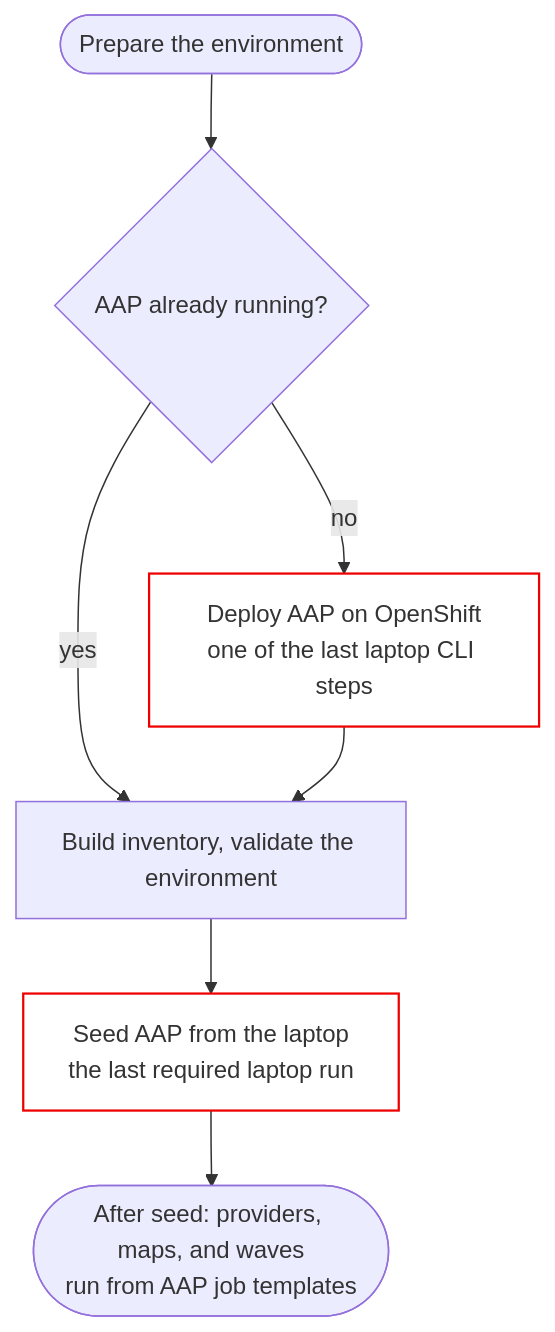
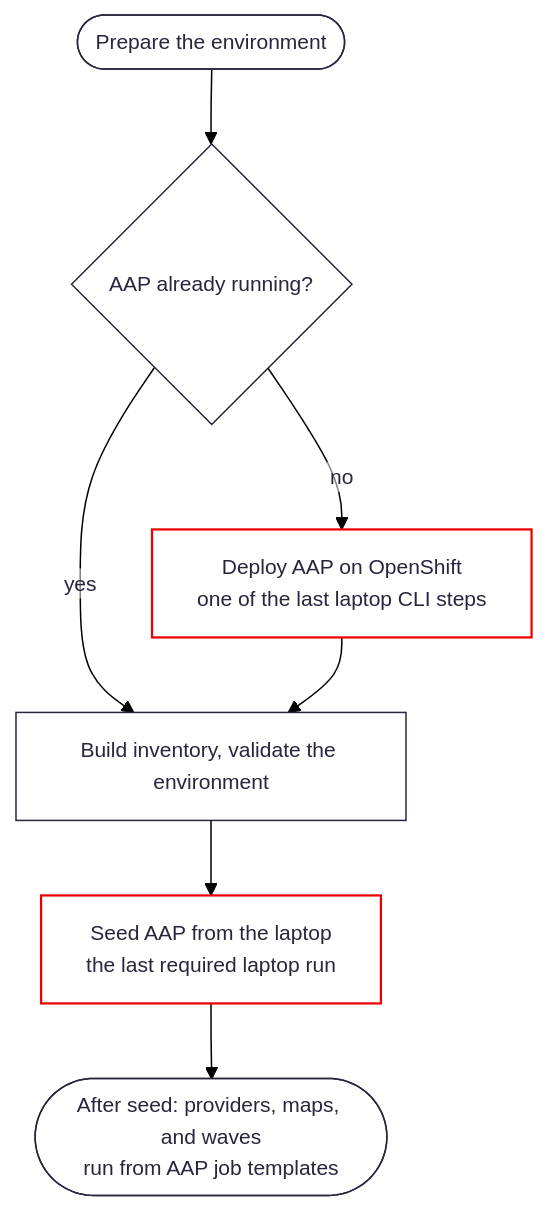
Before and after one commit to redhat-cop/openshift-virtualization-migration-documentation: the diagram in v2/modules/journey/assets/images/laptop-vs-aap.mmd, drawn with Mermaid. The commit also changed 5 other files, not shown here.

```diff
--- a/v2/modules/journey/assets/images/laptop-vs-aap.mmd
+++ b/v2/modules/journey/assets/images/laptop-vs-aap.mmd
@@ -1,11 +1,11 @@
 %% regen: npx -p @mermaid-js/mermaid-cli mmdc -i laptop-vs-aap.mmd -o laptop-vs-aap.svg (mermaid-cli 12.0.0) %%
-%%{init: {"look": "classic", "fontFamily": "arial, sans-serif"}}%%
+%%{init: {"theme": "base", "look": "classic", "fontFamily": "arial, sans-serif", "flowchart": {"htmlLabels": false}, "themeVariables": {"fontSize": "14px", "primaryColor": "#ffffff", "primaryTextColor": "#28253D", "primaryBorderColor": "#28253D", "lineColor": "#000000"}}}%%
 flowchart TD
     setup([Prepare the environment]) --> aap{AAP already running?}
     aap -- yes --> inv[Build inventory, validate the environment]
     aap -- no --> deploy[Deploy AAP on OpenShift<br/>one of the last laptop CLI steps]
     deploy --> inv
     inv --> seed[Seed AAP from the laptop<br/>the last required laptop run]
     seed --> done([After seed: providers, maps, and waves<br/>run from AAP job templates])
     classDef laptop fill:#ffffff,stroke:#ee0000,stroke-width:1.5px;
     class deploy,seed laptop
```
